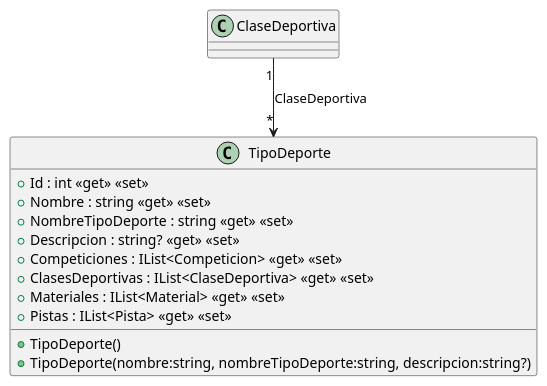
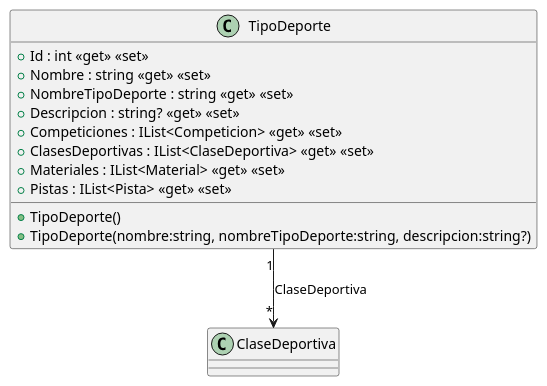
One commit to ISII26-27RJD/ISII2627-RDJ changed the diagram in src/AppForSEII.API/ClassDiagram/TipoDeporte.puml. Above: the diagram before and after it, drawn with PlantUML. The commit also changed 1 other file, not shown here.

```diff
--- a/src/AppForSEII.API/ClassDiagram/TipoDeporte.puml
+++ b/src/AppForSEII.API/ClassDiagram/TipoDeporte.puml
@@ -1,16 +1,16 @@
 @startuml
 class TipoDeporte {
     + TipoDeporte()
     + TipoDeporte(nombre:string, nombreTipoDeporte:string, descripcion:string?)
     + Id : int <<get>> <<set>>
     + Nombre : string <<get>> <<set>>
     + NombreTipoDeporte : string <<get>> <<set>>
     + Descripcion : string? <<get>> <<set>>
     + Competiciones : IList<Competicion> <<get>> <<set>>
     + ClasesDeportivas : IList<ClaseDeportiva> <<get>> <<set>>
     + Materiales : IList<Material> <<get>> <<set>>
     + Pistas : IList<Pista> <<get>> <<set>>
 }
-ClaseDeportiva "1" --> "*" TipoDeporte : ClaseDeportiva
+TipoDeporte "1" --> "*" ClaseDeportiva : ClaseDeportiva
 
 @enduml
```
